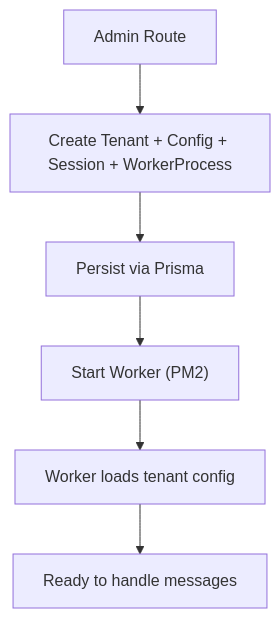
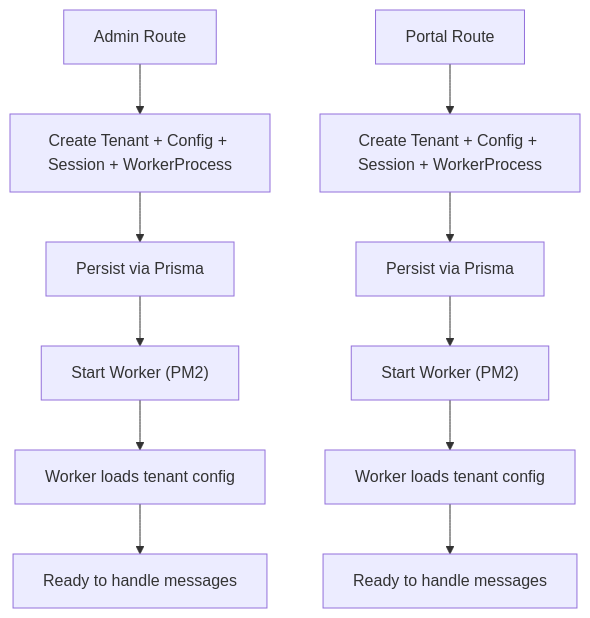
Before and after one commit to askchiwa-spec/FLOW-HQ-BOT: the tenth of 13 diagrams in .qoder/repowiki/en/content/Template System/Template System.md, drawn with Mermaid. The commit also changed other lines of this file and 27 other files, not shown here.

````diff
--- a/.qoder/repowiki/en/content/Template System/Template System.md
+++ b/.qoder/repowiki/en/content/Template System/Template System.md
@@ -320,8 +465,13 @@
 ```mermaid
 flowchart TD
 Admin["Admin Route"] --> CreateTenant["Create Tenant + Config + Session + WorkerProcess"]
 CreateTenant --> Persist["Persist via Prisma"]
 Persist --> WorkerStart["Start Worker (PM2)"]
 WorkerStart --> LoadCfg["Worker loads tenant config"]
 LoadCfg --> Ready["Ready to handle messages"]
+Portal["Portal Route"] --> CreateTenantPortal["Create Tenant + Config + Session + WorkerProcess"]
+CreateTenantPortal --> PersistPortal["Persist via Prisma"]
+PersistPortal --> WorkerStartPortal["Start Worker (PM2)"]
+WorkerStartPortal --> LoadCfgPortal["Worker loads tenant config"]
+LoadCfgPortal --> ReadyPortal["Ready to handle messages"]
 ```
````
